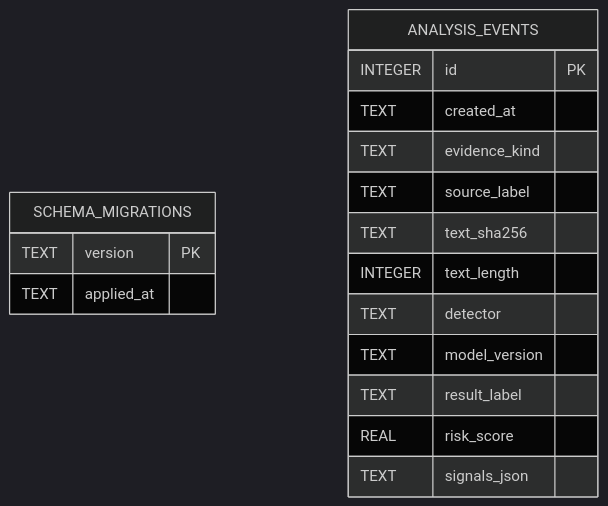
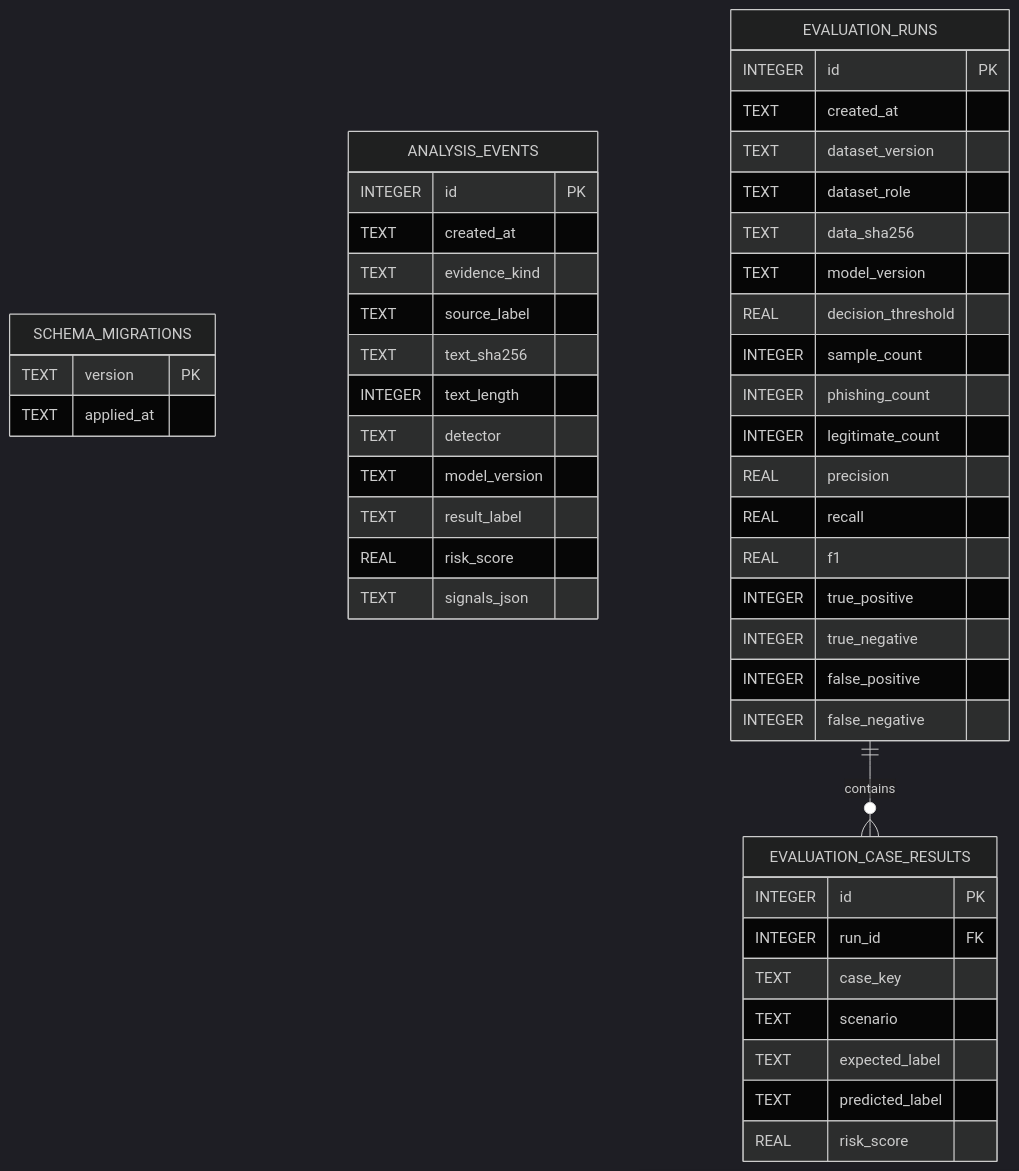
The diagram in docs/data_model.md (ositamichael/Production-project-final-year), drawn with Mermaid (dark theme) before and after one commit. The commit also changed other lines of this file and 6 other files, not shown here.

Commit message:
Persist versioned evaluation run metadata

````diff
--- a/docs/data_model.md
+++ b/docs/data_model.md
@@ -11,21 +11,53 @@
 ```mermaid
 erDiagram
     SCHEMA_MIGRATIONS {
         TEXT version PK
         TEXT applied_at
     }
 
     ANALYSIS_EVENTS {
         INTEGER id PK
         TEXT created_at
         TEXT evidence_kind
         TEXT source_label
         TEXT text_sha256
         INTEGER text_length
         TEXT detector
         TEXT model_version
         TEXT result_label
         REAL risk_score
         TEXT signals_json
     }
+
+    EVALUATION_RUNS {
+        INTEGER id PK
+        TEXT created_at
+        TEXT dataset_version
+        TEXT dataset_role
+        TEXT data_sha256
+        TEXT model_version
+        REAL decision_threshold
+        INTEGER sample_count
+        INTEGER phishing_count
+        INTEGER legitimate_count
+        REAL precision
+        REAL recall
+        REAL f1
+        INTEGER true_positive
+        INTEGER true_negative
+        INTEGER false_positive
+        INTEGER false_negative
+    }
+
+    EVALUATION_CASE_RESULTS {
+        INTEGER id PK
+        INTEGER run_id FK
+        TEXT case_key
+        TEXT scenario
+        TEXT expected_label
+        TEXT predicted_label
+        REAL risk_score
+    }
+
+    EVALUATION_RUNS ||--o{ EVALUATION_CASE_RESULTS : contains
 ```
````
